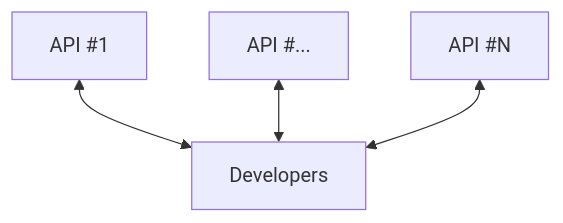
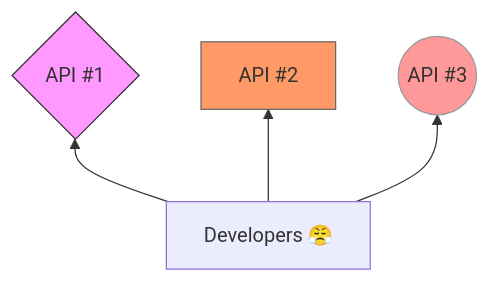
Before and after one commit to konfig-dev/konfig: the first of 3 diagrams in generator/konfig-docs/blog/2024/04/01-introducing-konfig-sdks.mdx, drawn with Mermaid. The commit also changed other lines of this file and 7 other files, not shown here.

````diff
--- a/generator/konfig-docs/blog/2024/04/01-introducing-konfig-sdks.mdx
+++ b/generator/konfig-docs/blog/2024/04/01-introducing-konfig-sdks.mdx
@@ -22,6 +22,9 @@
 ```mermaid
 graph BT
-  D[Developers] <--> D1[API #1]
-  D <--> D2[API #...]
-  D <--> D3[API #N]
+  D[Developers 😤] --> D1{API #1}
+  D --> D2[API #2]
+  D --> D3((API #3))
+  style D1 fill:#f9f,stroke:#333
+  style D2 fill:#f96,stroke:#666
+  style D3 fill:#f99,stroke:#999
 ```
````
